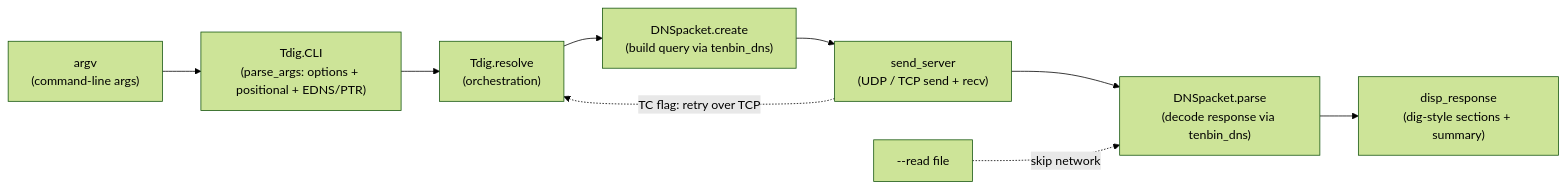
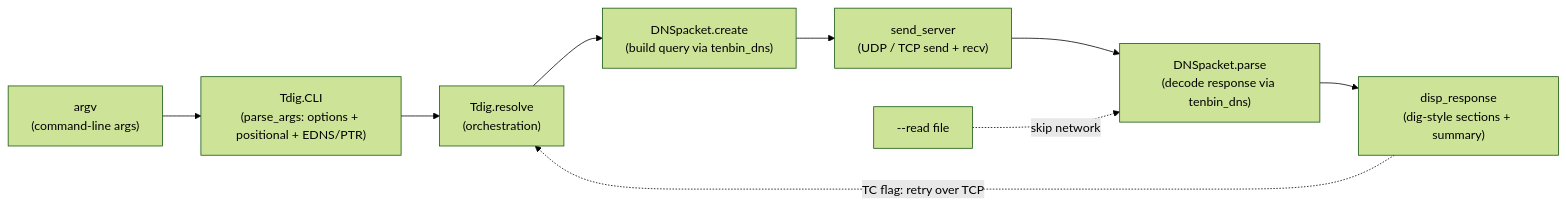
Before and after one commit to smkwlab/tdig: the diagram in README.md, drawn with Mermaid (forest theme). The commit also changed other lines of this file, not shown here.

Commit message:
docs: fix TC-retry arrow origin in Mermaid diagram (disp not send)

````diff
--- a/README.md
+++ b/README.md
@@ -224,12 +224,12 @@
 ```mermaid
 graph LR
   argv["argv<br/>(command-line args)"] --> cli["Tdig.CLI<br/>(parse_args: options + positional + EDNS/PTR)"]
   cli --> resolve["Tdig.resolve<br/>(orchestration)"]
   resolve --> build["DNSpacket.create<br/>(build query via tenbin_dns)"]
   build --> send["send_server<br/>(UDP / TCP send + recv)"]
   send --> parse["DNSpacket.parse<br/>(decode response via tenbin_dns)"]
   parse --> disp["disp_response<br/>(dig-style sections + summary)"]
 
-  send -. "TC flag: retry over TCP" .-> resolve
+  disp -. "TC flag: retry over TCP" .-> resolve
   read["--read file"] -. "skip network" .-> parse
 ```
````
